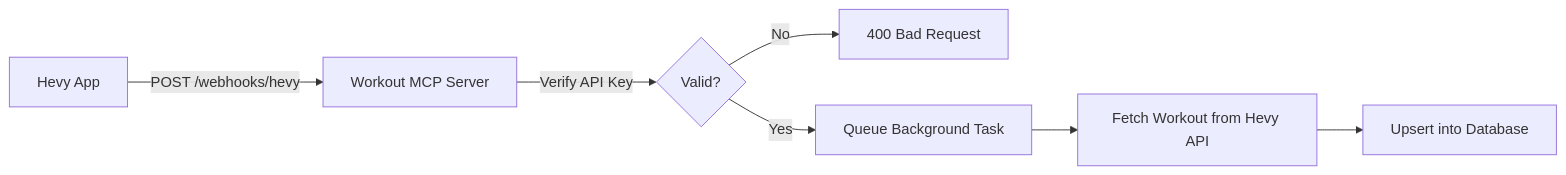
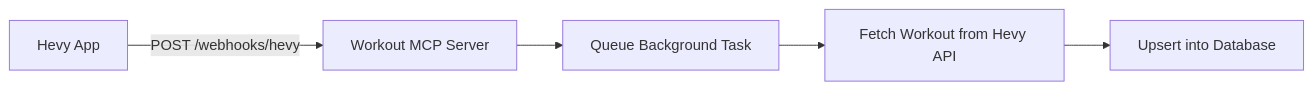
One commit to Ramir0/workout-mcp changed the third of 3 diagrams in README.md. Above: the diagram before and after it, drawn with Mermaid. The commit also changed other lines of this file and 11 other files, not shown here.

First line of the commit message:
Remove API Key (#49)

````diff
--- a/README.md
+++ b/README.md
@@ -275,9 +242,7 @@
 ```mermaid
 flowchart LR
     H[Hevy App] -->|POST /webhooks/hevy| W[Workout MCP Server]
-    W -->|Verify API Key| V{Valid?}
-    V -->|No| R1[400 Bad Request]
-    V -->|Yes| P[Queue Background Task]
+    W --> P[Queue Background Task]
     P --> F[Fetch Workout from Hevy API]
     F --> U[Upsert into Database]
 ```
````
